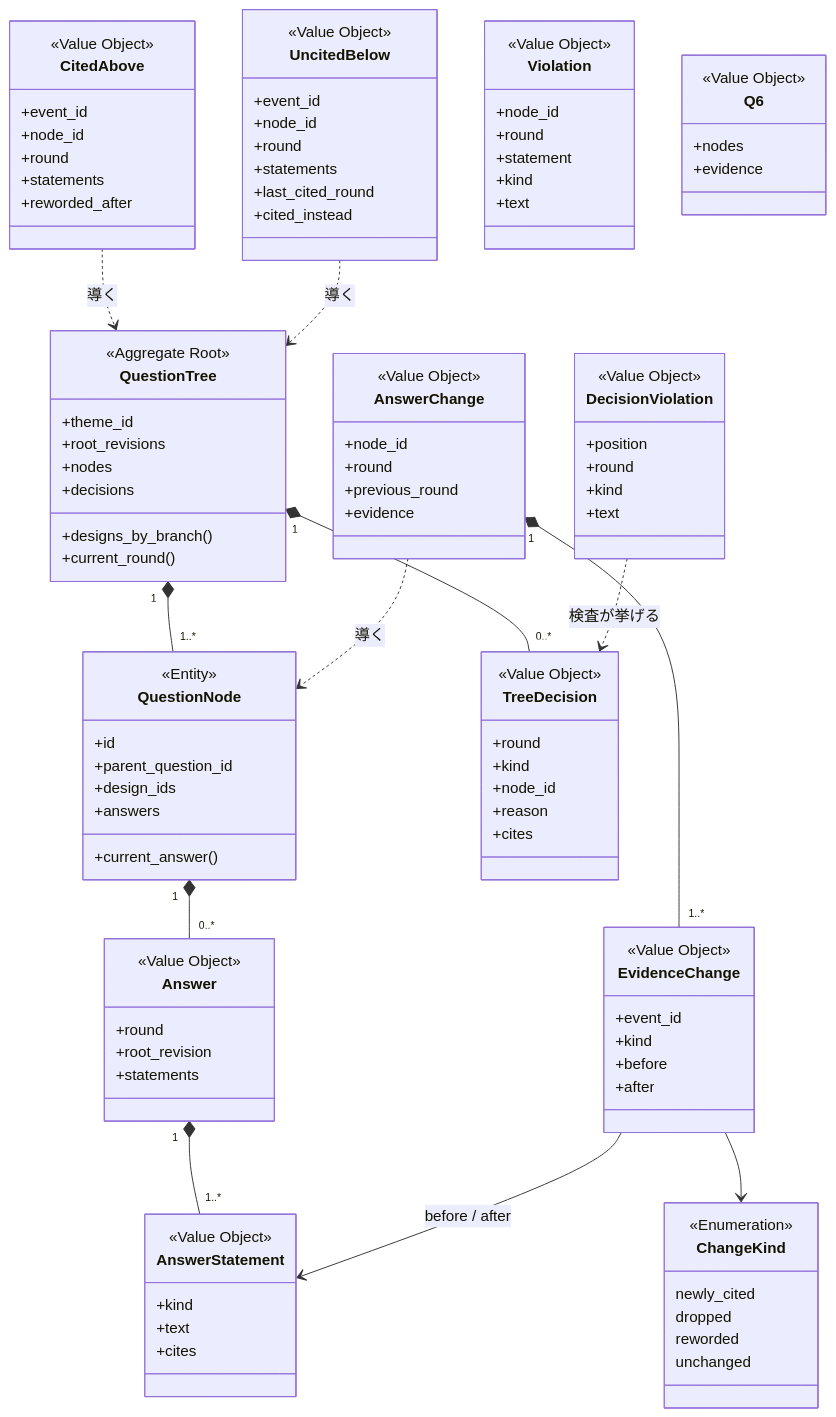
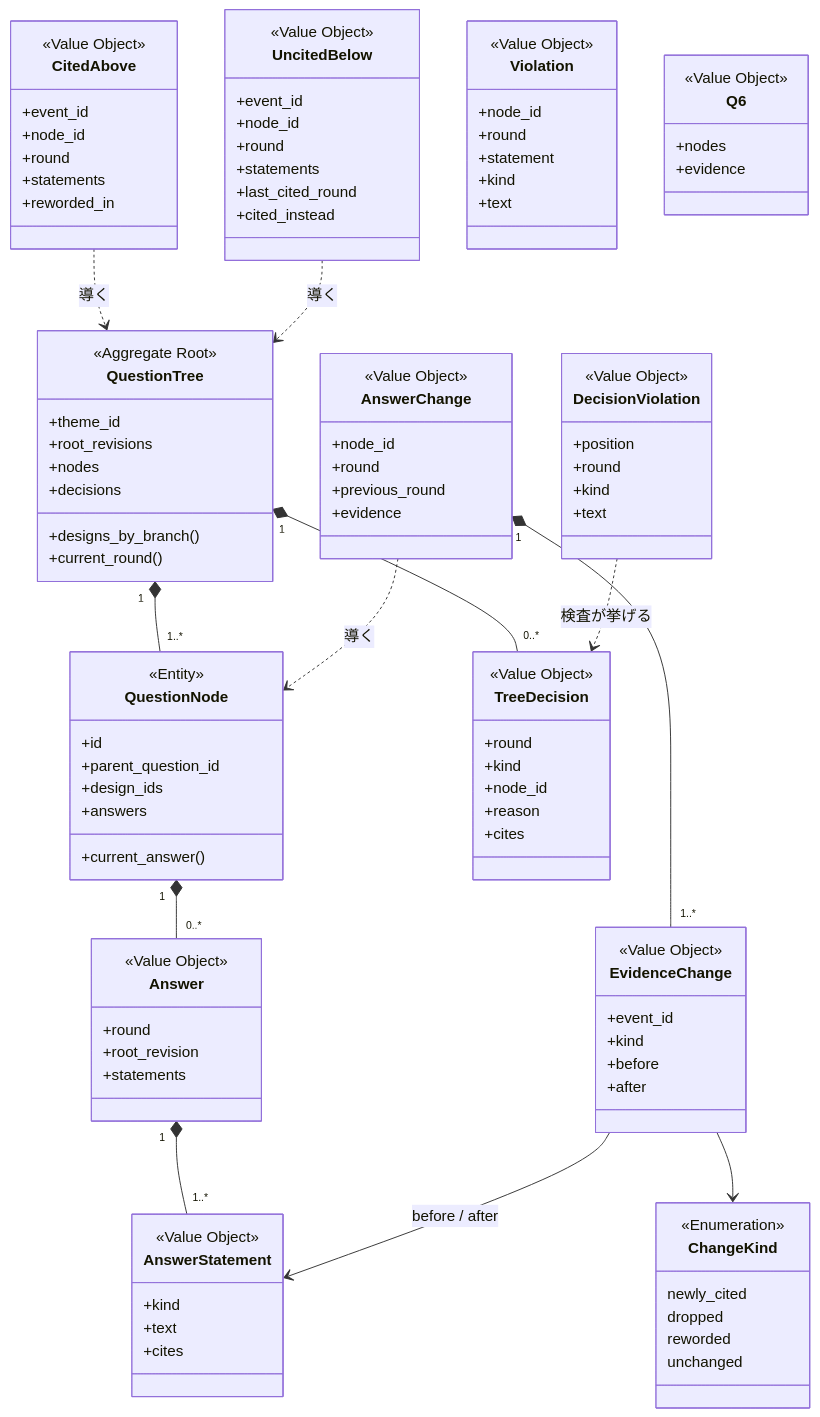
The second of 3 diagrams in docs/design/epic-34-what-moved-the-answer.md (etoyama/insight-blueprint-skills), drawn with Mermaid before and after one commit. The commit also changed other lines of this file and 1 other file, not shown here.

```diff
--- a/docs/design/epic-34-what-moved-the-answer.md
+++ b/docs/design/epic-34-what-moved-the-answer.md
@@ -344,7 +344,7 @@
         +node_id
         +round
         +statements
-        +reworded_after
+        +reworded_in
     }
     class UncitedBelow {
         <<Value Object>>
```
